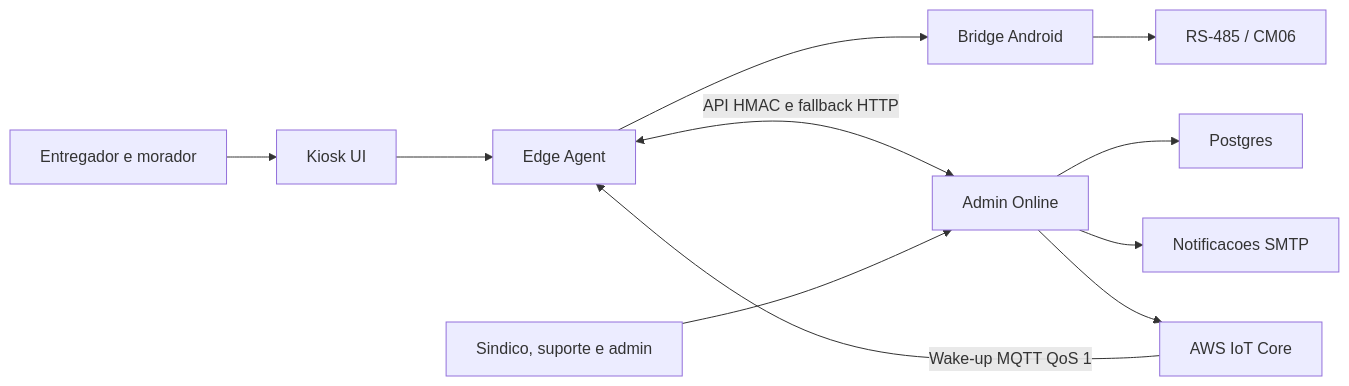
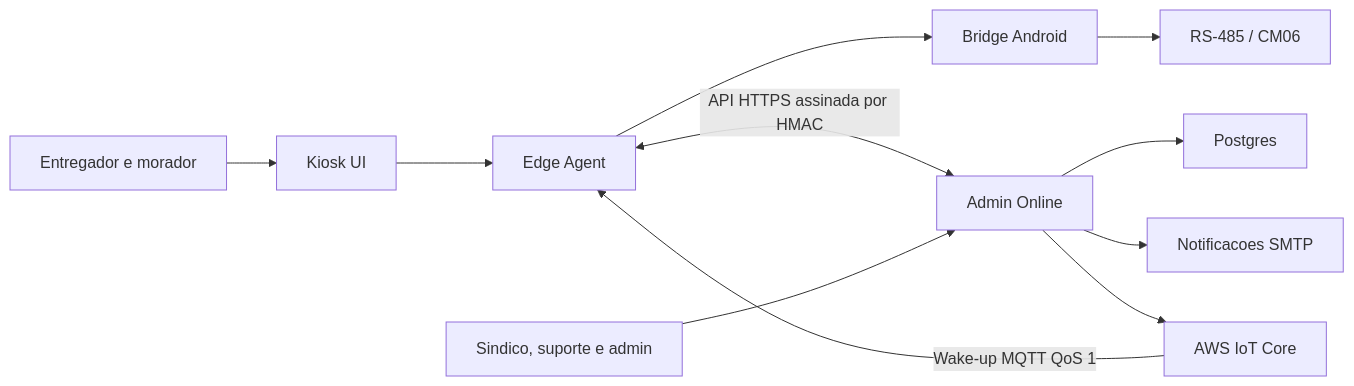
The diagram in docs/README.md (PredditaTi/Locker-Preddita), drawn with Mermaid before and after one commit. The commit also changed other lines of this file and 7 other files, not shown here.

````diff
--- a/docs/README.md
+++ b/docs/README.md
@@ -32,13 +32,13 @@
 ```mermaid
 flowchart LR
   Publico["Entregador e morador"] --> Kiosk["Kiosk UI"]
   Kiosk --> Edge["Edge Agent"]
   Edge --> Android["Bridge Android"]
   Android --> Serial["RS-485 / CM06"]
-  Edge <-->|"API HMAC e fallback HTTP"| Admin["Admin Online"]
+  Edge <-->|"API HTTPS assinada por HMAC"| Admin["Admin Online"]
   Admin --> Postgres["Postgres"]
   Admin --> SMTP["Notificacoes SMTP"]
   Admin --> IoT["AWS IoT Core"]
   IoT -->|"Wake-up MQTT QoS 1"| Edge
   Operacao["Sindico, suporte e admin"] --> Admin
 ```
````
